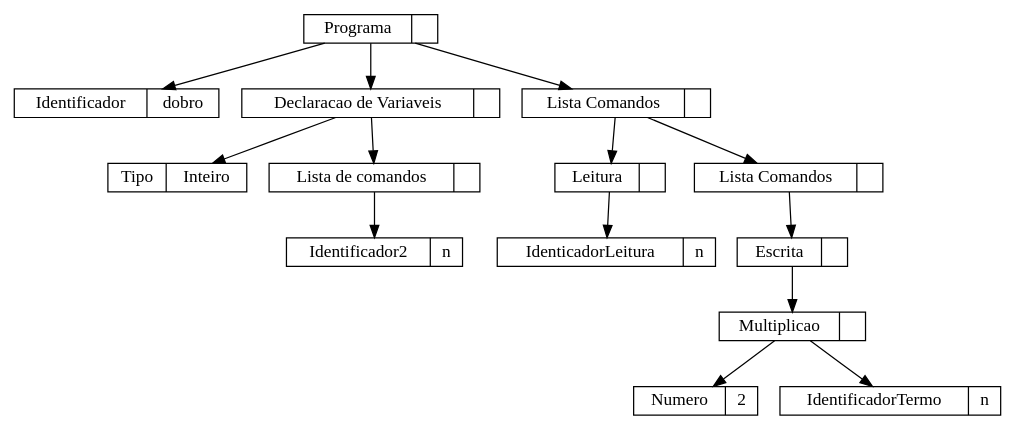
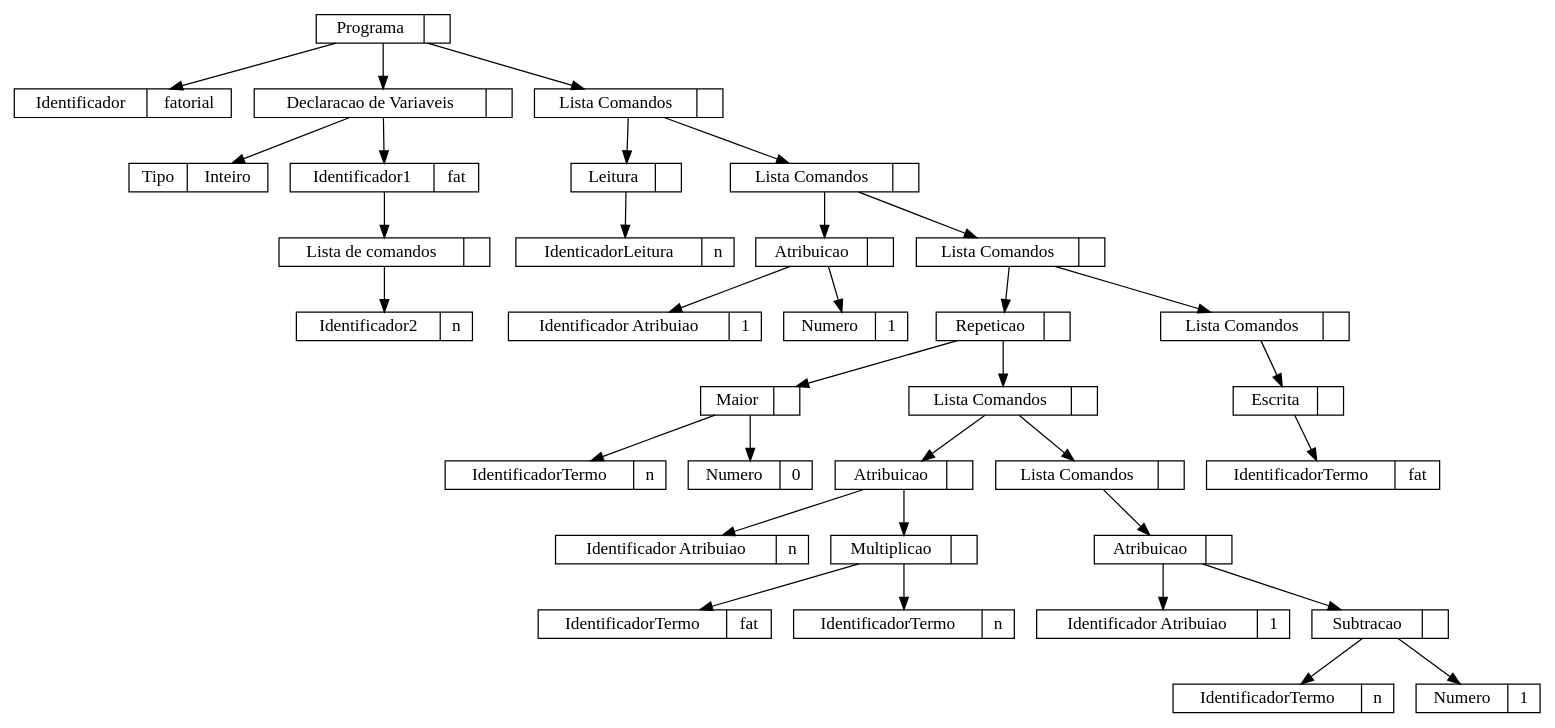
One commit to Joao-Pedro-dos-Santos-Melo/compiladores changed the diagram in analisador/parte5/tree.dot. Above: the diagram before and after it, drawn with Graphviz. The commit also changed 9 other files, not shown here.

```diff
--- a/analisador/parte5/tree.dot
+++ b/analisador/parte5/tree.dot
@@ -1,30 +1,70 @@
 digraph {
 	node [ shape=record, height = .1] ;
-	n0x5c3f1cf14d10 [label="Programa|"]
-	n0x5c3f1cf146f0 [label="Identificador|dobro"]
-	n0x5c3f1cf148b0 [label="Declaracao de Variaveis|"]
-	n0x5c3f1cf14760 [label="Tipo|Inteiro"]
-	n0x5c3f1cf147d0 [label="Lista de comandos|"]
-	n0x5c3f1cf14840 [label="Identificador2|n"]
-	n0x5c3f1cf14ca0 [label="Lista Comandos|"]
-	n0x5c3f1cf14a00 [label="Leitura|"]
-	n0x5c3f1cf14990 [label="IdenticadorLeitura|n"]
-	n0x5c3f1cf14c30 [label="Lista Comandos|"]
-	n0x5c3f1cf14bc0 [label="Escrita|"]
-	n0x5c3f1cf14b50 [label="Multiplicao|"]
-	n0x5c3f1cf14a70 [label="Numero|2"]
-	n0x5c3f1cf14ae0 [label="IdentificadorTermo|n"]
-	n0x5c3f1cf14d10 -> n0x5c3f1cf146f0
-	n0x5c3f1cf14d10 -> n0x5c3f1cf148b0
-	n0x5c3f1cf148b0 -> n0x5c3f1cf14760
-	n0x5c3f1cf148b0 -> n0x5c3f1cf147d0
-	n0x5c3f1cf147d0 -> n0x5c3f1cf14840
-	n0x5c3f1cf14d10 -> n0x5c3f1cf14ca0
-	n0x5c3f1cf14ca0 -> n0x5c3f1cf14a00
-	n0x5c3f1cf14a00 -> n0x5c3f1cf14990
-	n0x5c3f1cf14ca0 -> n0x5c3f1cf14c30
-	n0x5c3f1cf14c30 -> n0x5c3f1cf14bc0
-	n0x5c3f1cf14bc0 -> n0x5c3f1cf14b50
-	n0x5c3f1cf14b50 -> n0x5c3f1cf14a70
-	n0x5c3f1cf14b50 -> n0x5c3f1cf14ae0
+	n0x64e782b9e5d0 [label="Programa|"]
+	n0x64e782b9d6f0 [label="Identificador|fatorial"]
+	n0x64e782b9d920 [label="Declaracao de Variaveis|"]
+	n0x64e782b9d760 [label="Tipo|Inteiro"]
+	n0x64e782b9d8b0 [label="Identificador1|fat"]
+	n0x64e782b9d7d0 [label="Lista de comandos|"]
+	n0x64e782b9d840 [label="Identificador2|n"]
+	n0x64e782b9e560 [label="Lista Comandos|"]
+	n0x64e782b9da70 [label="Leitura|"]
+	n0x64e782b9da00 [label="IdenticadorLeitura|n"]
+	n0x64e782b9e4f0 [label="Lista Comandos|"]
+	n0x64e782b9db50 [label="Atribuicao|"]
+	n0x64e782b9dbc0 [label="Identificador Atribuiao|1"]
+	n0x64e782b9dae0 [label="Numero|1"]
+	n0x64e782b9e480 [label="Lista Comandos|"]
+	n0x64e782b9e2c0 [label="Repeticao|"]
+	n0x64e782b9dd10 [label="Maior|"]
+	n0x64e782b9dc30 [label="IdentificadorTermo|n"]
+	n0x64e782b9dca0 [label="Numero|0"]
+	n0x64e782b9e250 [label="Lista Comandos|"]
+	n0x64e782b9ded0 [label="Atribuicao|"]
+	n0x64e782b9df40 [label="Identificador Atribuiao|n"]
+	n0x64e782b9de60 [label="Multiplicao|"]
+	n0x64e782b9dd80 [label="IdentificadorTermo|fat"]
+	n0x64e782b9ddf0 [label="IdentificadorTermo|n"]
+	n0x64e782b9e1e0 [label="Lista Comandos|"]
+	n0x64e782b9e100 [label="Atribuicao|"]
+	n0x64e782b9e170 [label="Identificador Atribuiao|1"]
+	n0x64e782b9e090 [label="Subtracao|"]
+	n0x64e782b9dfb0 [label="IdentificadorTermo|n"]
+	n0x64e782b9e020 [label="Numero|1"]
+	n0x64e782b9e410 [label="Lista Comandos|"]
+	n0x64e782b9e3a0 [label="Escrita|"]
+	n0x64e782b9e330 [label="IdentificadorTermo|fat"]
+	n0x64e782b9e5d0 -> n0x64e782b9d6f0
+	n0x64e782b9e5d0 -> n0x64e782b9d920
+	n0x64e782b9d920 -> n0x64e782b9d760
+	n0x64e782b9d920 -> n0x64e782b9d8b0
+	n0x64e782b9d8b0 -> n0x64e782b9d7d0
+	n0x64e782b9d7d0 -> n0x64e782b9d840
+	n0x64e782b9e5d0 -> n0x64e782b9e560
+	n0x64e782b9e560 -> n0x64e782b9da70
+	n0x64e782b9da70 -> n0x64e782b9da00
+	n0x64e782b9e560 -> n0x64e782b9e4f0
+	n0x64e782b9e4f0 -> n0x64e782b9db50
+	n0x64e782b9db50 -> n0x64e782b9dbc0
+	n0x64e782b9db50 -> n0x64e782b9dae0
+	n0x64e782b9e4f0 -> n0x64e782b9e480
+	n0x64e782b9e480 -> n0x64e782b9e2c0
+	n0x64e782b9e2c0 -> n0x64e782b9dd10
+	n0x64e782b9dd10 -> n0x64e782b9dc30
+	n0x64e782b9dd10 -> n0x64e782b9dca0
+	n0x64e782b9e2c0 -> n0x64e782b9e250
+	n0x64e782b9e250 -> n0x64e782b9ded0
+	n0x64e782b9ded0 -> n0x64e782b9df40
+	n0x64e782b9ded0 -> n0x64e782b9de60
+	n0x64e782b9de60 -> n0x64e782b9dd80
+	n0x64e782b9de60 -> n0x64e782b9ddf0
+	n0x64e782b9e250 -> n0x64e782b9e1e0
+	n0x64e782b9e1e0 -> n0x64e782b9e100
+	n0x64e782b9e100 -> n0x64e782b9e170
+	n0x64e782b9e100 -> n0x64e782b9e090
+	n0x64e782b9e090 -> n0x64e782b9dfb0
+	n0x64e782b9e090 -> n0x64e782b9e020
+	n0x64e782b9e480 -> n0x64e782b9e410
+	n0x64e782b9e410 -> n0x64e782b9e3a0
+	n0x64e782b9e3a0 -> n0x64e782b9e330
 }
```
